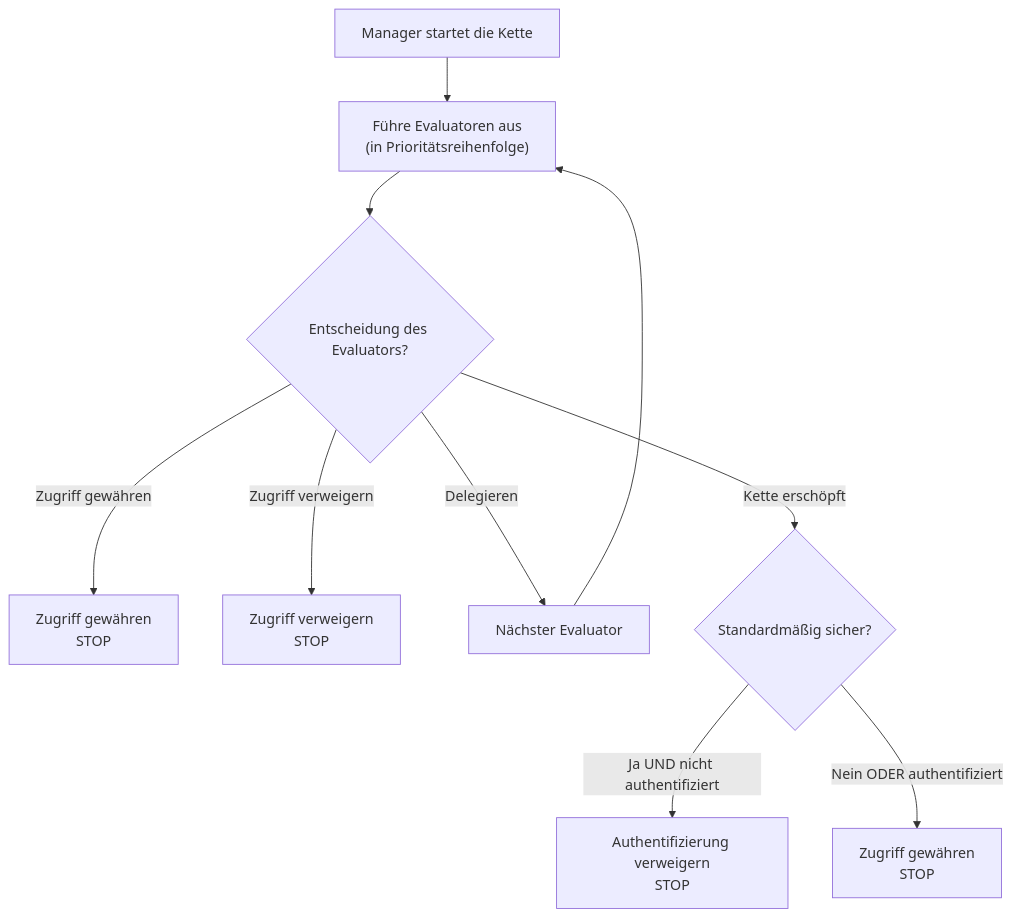
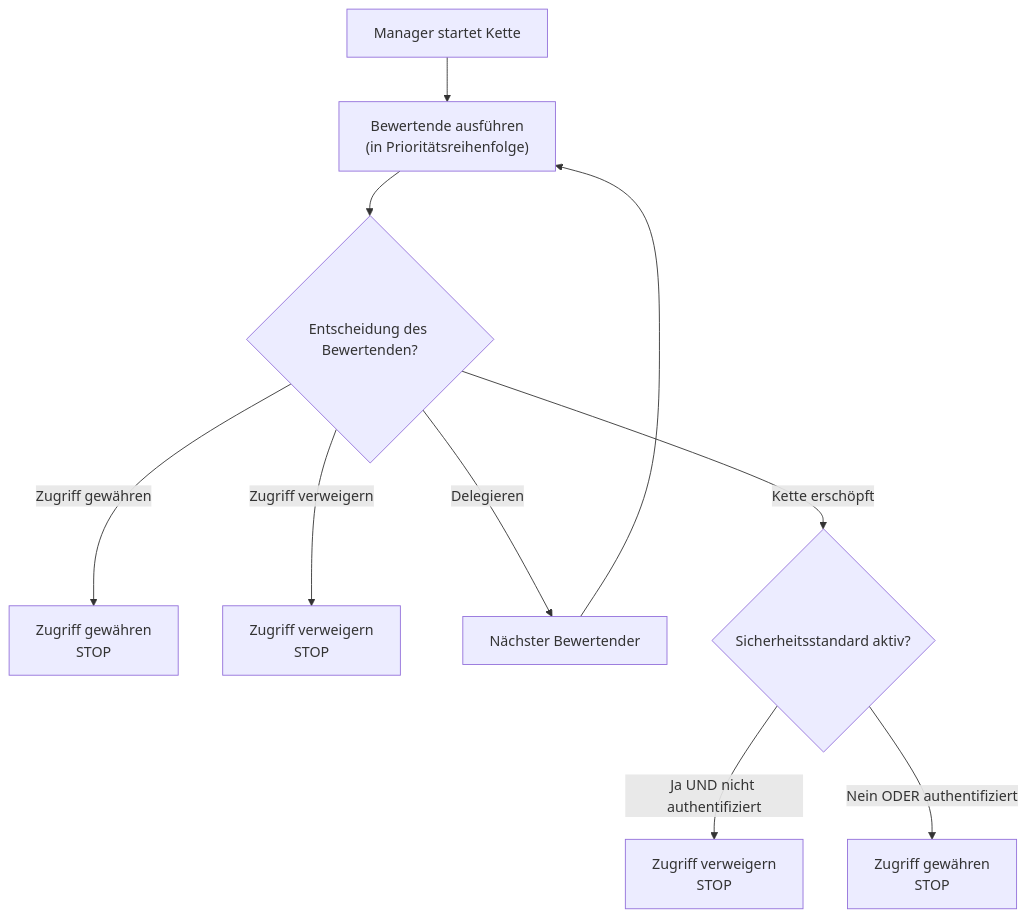
The diagram in docs/i18n/de/docusaurus-plugin-content-docs/current/security/architecture/evaluator-chain.md (webforj/webforj-documentation), drawn with Mermaid before and after one commit. The commit also changed other lines of this file and 11 other files, not shown here.

````diff
--- a/docs/i18n/de/docusaurus-plugin-content-docs/current/security/architecture/evaluator-chain.md
+++ b/docs/i18n/de/docusaurus-plugin-content-docs/current/security/architecture/evaluator-chain.md
@@ -45,15 +45,15 @@
 ```mermaid
 flowchart TD
-    Start["Manager startet die Kette"] --> Eval["Führe Evaluatoren aus<br/>(in Prioritätsreihenfolge)"]
+    Start["Manager startet Kette"] --> Eval["Bewertende ausführen<br/>(in Prioritätsreihenfolge)"]
 
-    Eval --> Check{"Entscheidung des Evaluators?"}
+    Eval --> Check{"Entscheidung des Bewertenden?"}
     Check -->|Zugriff gewähren| Grant["Zugriff gewähren<br/>STOP"]
     Check -->|Zugriff verweigern| Deny["Zugriff verweigern<br/>STOP"]
-    Check -->|Delegieren| Next["Nächster Evaluator"]
+    Check -->|Delegieren| Next["Nächster Bewertender"]
 
     Next --> Eval
 
-    Check -->|Kette erschöpft| Default{"Standardmäßig sicher?"}
-    Default -->|Ja UND nicht authentifiziert| DenyDefault["Authentifizierung verweigern<br/>STOP"]
+    Check -->|Kette erschöpft| Default{"Sicherheitsstandard aktiv?"}
+    Default -->|Ja UND nicht authentifiziert| DenyDefault["Zugriff verweigern<br/>STOP"]
     Default -->|Nein ODER authentifiziert| GrantDefault["Zugriff gewähren<br/>STOP"]
 ```
````
